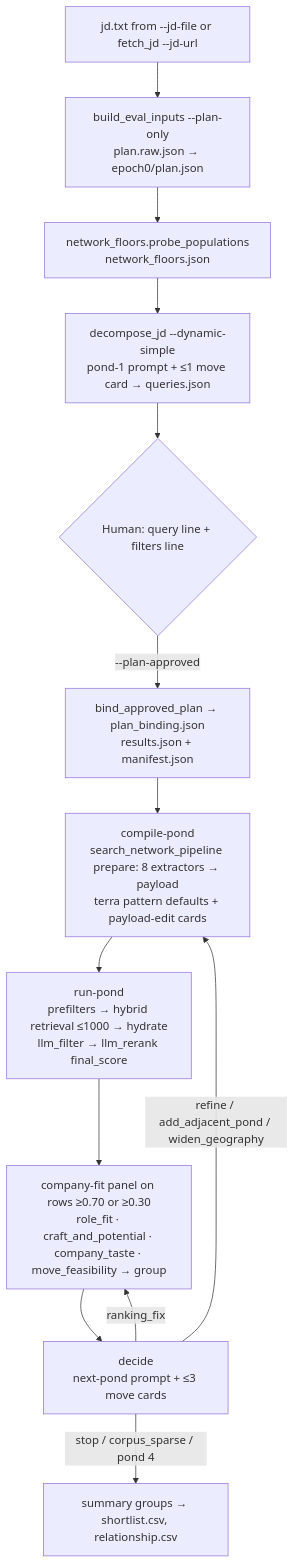
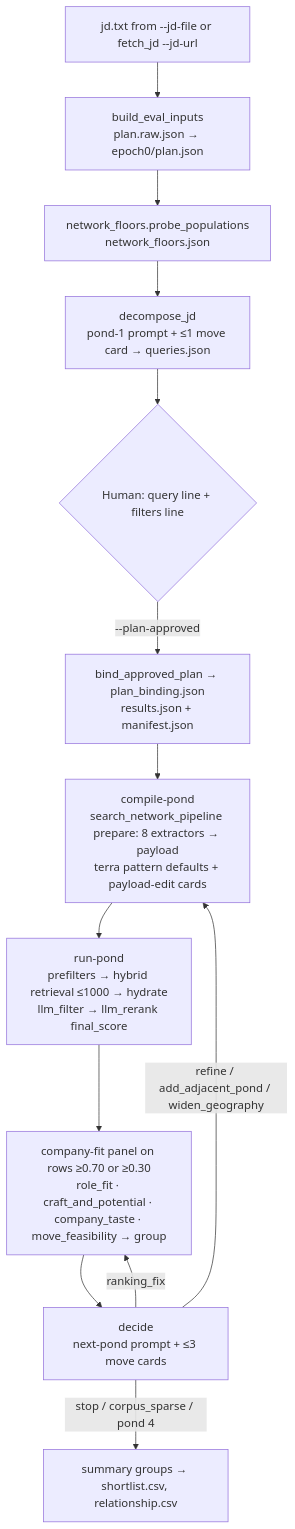
Before and after one commit to powerset-co/powerpacks: the diagram in packs/search/primitives/deep_search/README.md, drawn with Mermaid. The commit also changed other lines of this file and 44 other files, not shown here.

````diff
--- a/packs/search/primitives/deep_search/README.md
+++ b/packs/search/primitives/deep_search/README.md
@@ -21,15 +19,15 @@
 ```mermaid
 flowchart TD
-    JD[jd.txt from --jd-file or fetch_jd --jd-url] --> PLAN[build_eval_inputs --plan-only<br/>plan.raw.json → epoch0/plan.json]
+    JD[jd.txt from --jd-file or fetch_jd --jd-url] --> PLAN[build_eval_inputs<br/>plan.raw.json → epoch0/plan.json]
     PLAN --> FLOORS[network_floors.probe_populations<br/>network_floors.json]
-    FLOORS --> Q1[decompose_jd --dynamic-simple<br/>pond-1 prompt + ≤1 move card → queries.json]
+    FLOORS --> Q1[decompose_jd<br/>pond-1 prompt + ≤1 move card → queries.json]
     Q1 --> REVIEW{Human: query line + filters line}
     REVIEW -->|--plan-approved| BIND[bind_approved_plan → plan_binding.json<br/>results.json + manifest.json]
     BIND --> COMPILE[compile-pond<br/>search_network_pipeline prepare: 8 extractors → payload<br/>terra pattern defaults + payload-edit cards]
     COMPILE --> RUN[run-pond<br/>prefilters → hybrid retrieval ≤1000 → hydrate<br/>llm_filter → llm_rerank final_score]
     RUN --> FIT[company-fit panel on rows ≥0.70 or ≥0.30<br/>role_fit · craft_and_potential · company_taste · move_feasibility → group]
     FIT --> DECIDE[decide<br/>next-pond prompt + ≤3 move cards]
     DECIDE -->|refine / add_adjacent_pond / widen_geography| COMPILE
     DECIDE -->|ranking_fix| FIT
     DECIDE -->|stop / corpus_sparse / pond 4| DONE[summary groups → shortlist.csv, relationship.csv]
 ```
````
